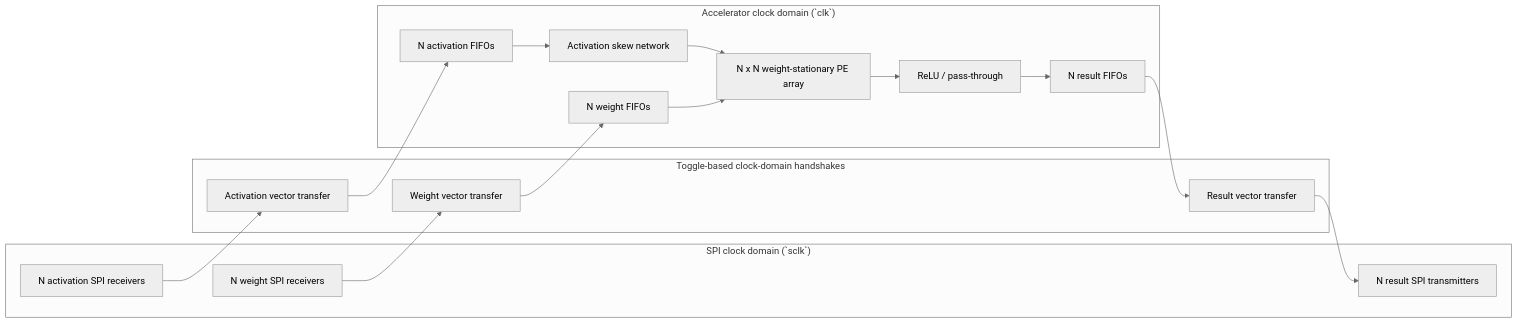
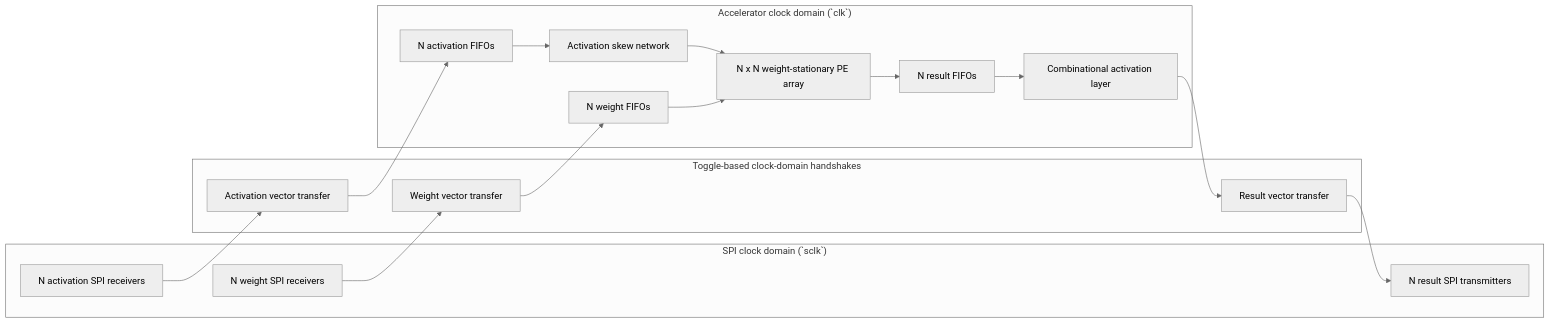
The first of 3 diagrams in README.md (aHighHooman/NN-Acceleration), drawn with Mermaid (neutral theme) before and after one commit. The commit also changed other lines of this file, not shown here.

Commit message:
docs: describe composed activation pipeline

````diff
--- a/README.md
+++ b/README.md
@@ -7,27 +7,27 @@
 ```mermaid
 flowchart LR
     subgraph SPI["SPI clock domain (`sclk`)"]
         W_RX["N weight SPI receivers"]
         A_RX["N activation SPI receivers"]
         R_TX["N result SPI transmitters"]
     end
 
     subgraph CDC["Toggle-based clock-domain handshakes"]
         W_CDC["Weight vector transfer"]
         A_CDC["Activation vector transfer"]
         R_CDC["Result vector transfer"]
     end
 
     subgraph CORE["Accelerator clock domain (`clk`)"]
         W_FIFO["N weight FIFOs"]
         A_FIFO["N activation FIFOs"]
         SKEW["Activation skew network"]
         ARRAY["N x N weight-stationary PE array"]
-        ACT["ReLU / pass-through"]
         R_FIFO["N result FIFOs"]
+        ACT["Combinational activation layer"]
     end
 
     W_RX --> W_CDC --> W_FIFO --> ARRAY
     A_RX --> A_CDC --> A_FIFO --> SKEW --> ARRAY
-    ARRAY --> ACT --> R_FIFO --> R_CDC --> R_TX
+    ARRAY --> R_FIFO --> ACT --> R_CDC --> R_TX
 ```
````
